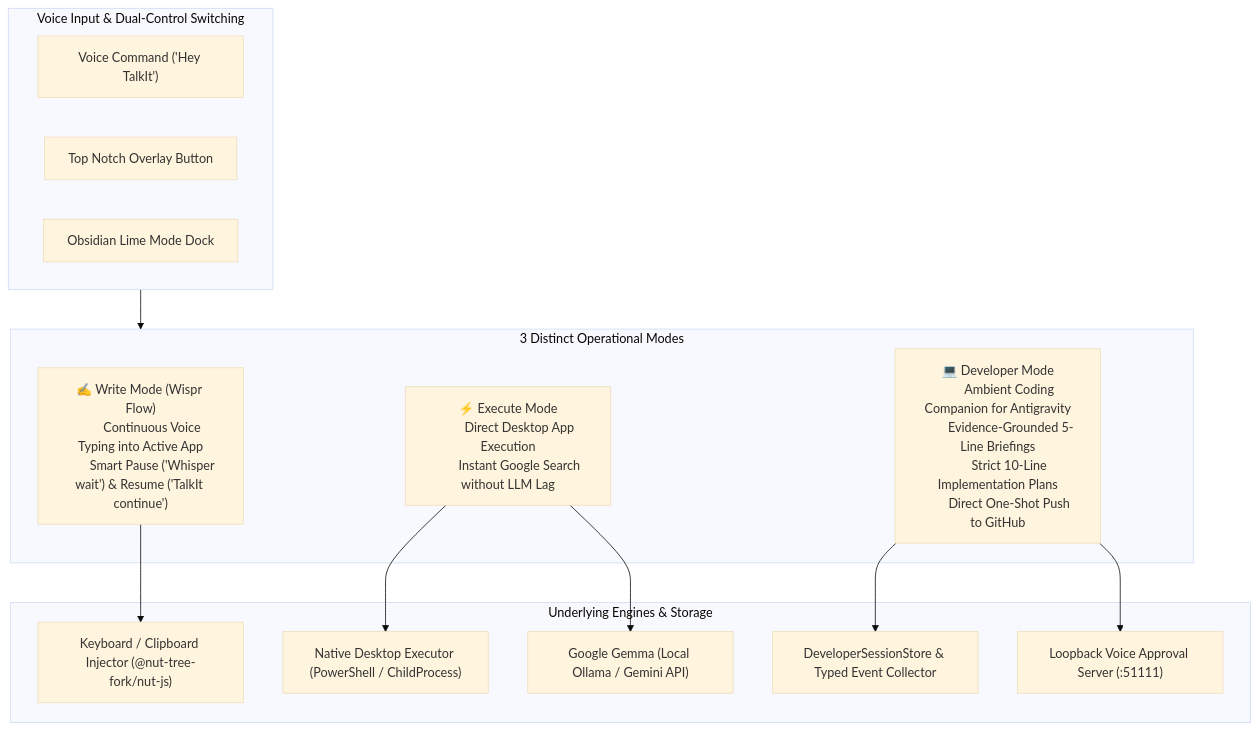
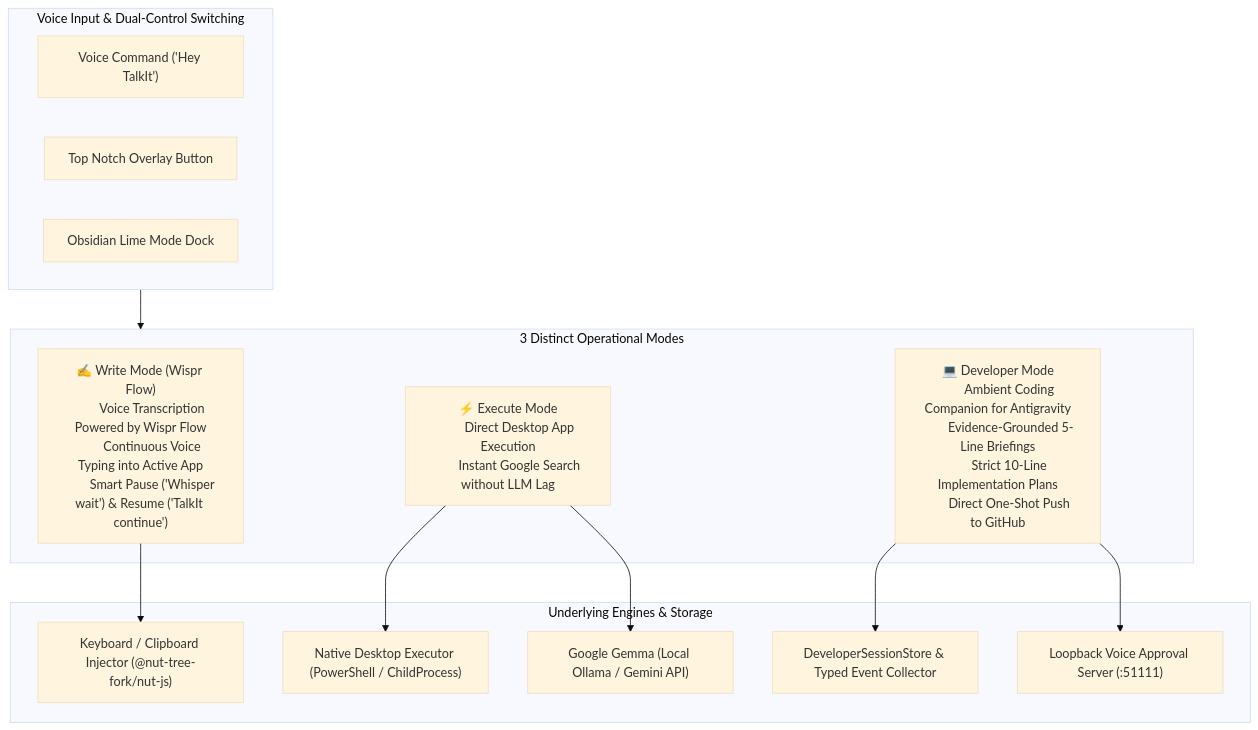
One commit to GovindUpadhyay13/TalkIt changed the first of 2 diagrams in README.md. Above: the diagram before and after it, drawn with Mermaid (base theme). The commit also changed other lines of this file, not shown here.

Commit message:
docs: credit Wispr Flow for building TalkIt and powering voice transcription

````diff
--- a/README.md
+++ b/README.md
@@ -38,39 +43,40 @@
 ```mermaid
 flowchart TD
     subgraph Input ["Voice Input & Dual-Control Switching"]
         Voice["Voice Command ('Hey TalkIt')"]
         NotchToggle["Top Notch Overlay Button"]
         StudioDock["Obsidian Lime Mode Dock"]
     end
 
     subgraph Modes ["3 Distinct Operational Modes"]
         WriteMode["✍️ Write Mode (Wispr Flow)
+        Voice Transcription Powered by Wispr Flow
         Continuous Voice Typing into Active App
         Smart Pause ('Whisper wait') & Resume ('TalkIt continue')"]
         
         ExecMode["⚡ Execute Mode
         Direct Desktop App Execution
         Instant Google Search without LLM Lag"]
         
         DevMode["💻 Developer Mode
         Ambient Coding Companion for Antigravity
         Evidence-Grounded 5-Line Briefings
         Strict 10-Line Implementation Plans
         Direct One-Shot Push to GitHub"]
     end
 
     subgraph Engines ["Underlying Engines & Storage"]
         NutJs["Keyboard / Clipboard Injector (@nut-tree-fork/nut-js)"]
         DirectExec["Native Desktop Executor (PowerShell / ChildProcess)"]
         DevStore["DeveloperSessionStore & Typed Event Collector"]
         ApprovalServer["Loopback Voice Approval Server (:51111)"]
         GemmaEngine["Google Gemma (Local Ollama / Gemini API)"]
     end
 
     Input --> Modes
     WriteMode --> NutJs
     ExecMode --> DirectExec
     ExecMode --> GemmaEngine
     DevMode --> DevStore
     DevMode --> ApprovalServer
 ```
````
